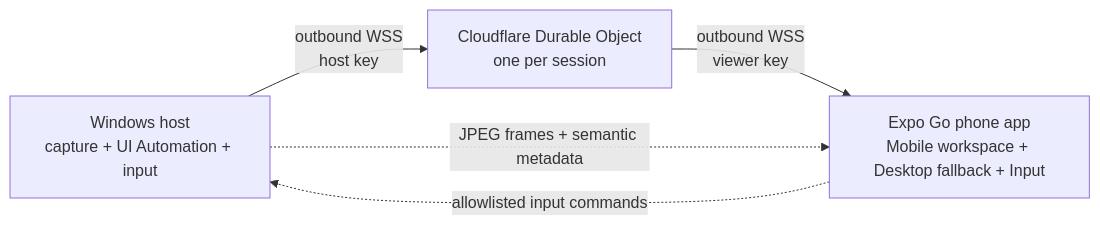
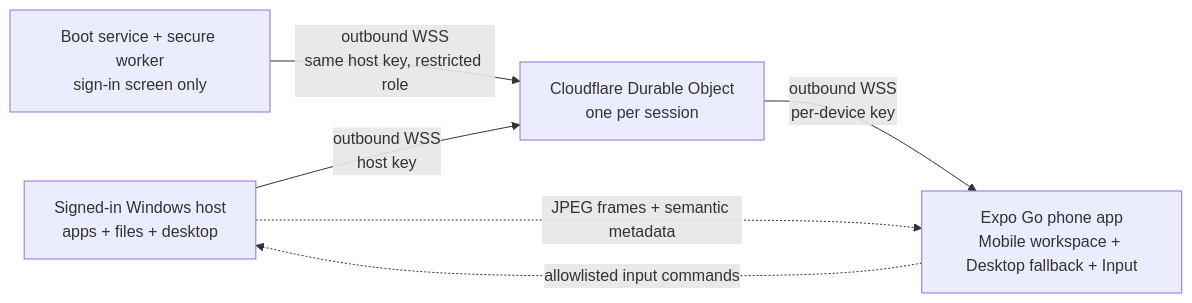
The diagram in README.md (NitroStacker/pocket-desk), drawn with Mermaid before and after one commit. The commit also changed other lines of this file and 46 other files, not shown here.

````diff
--- a/README.md
+++ b/README.md
@@ -39,7 +42,8 @@
 ```mermaid
 flowchart LR
-    H["Windows host<br/>capture + UI Automation + input"] -->|"outbound WSS<br/>host key"| D["Cloudflare Durable Object<br/>one per session"]
-    D -->|"outbound WSS<br/>viewer key"| M["Expo Go phone app<br/>Mobile workspace + Desktop fallback + Input"]
+    H["Signed-in Windows host<br/>apps + files + desktop"] -->|"outbound WSS<br/>host key"| D["Cloudflare Durable Object<br/>one per session"]
+    S["Boot service + secure worker<br/>sign-in screen only"] -->|"outbound WSS<br/>same host key, restricted role"| D
+    D -->|"outbound WSS<br/>per-device key"| M["Expo Go phone app<br/>Mobile workspace + Desktop fallback + Input"]
     H -. "JPEG frames + semantic metadata" .-> M
     M -. "allowlisted input commands" .-> H
 ```
````
